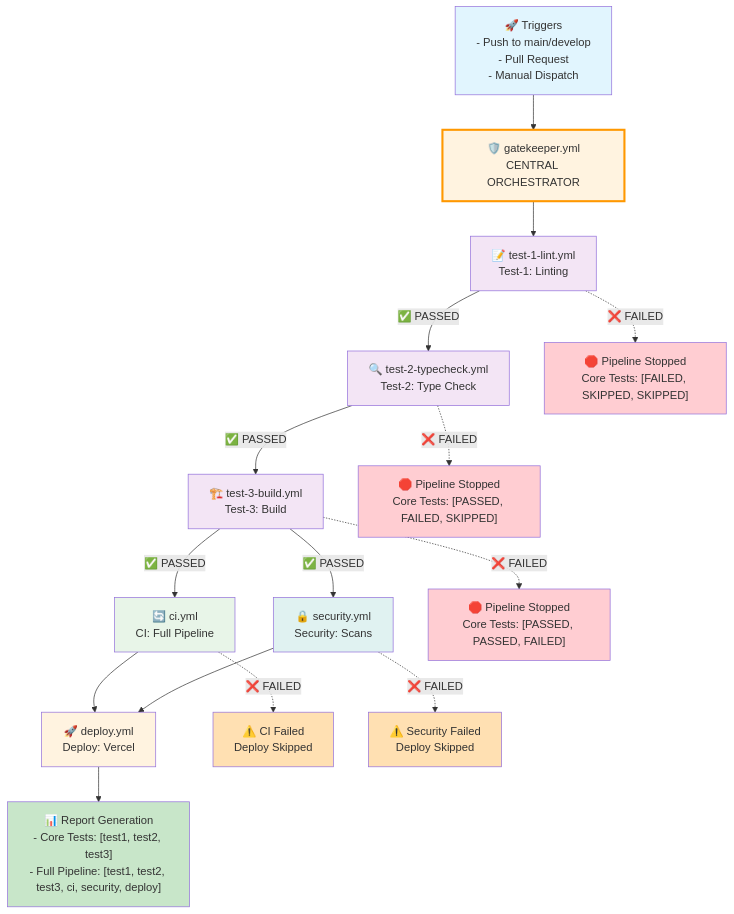
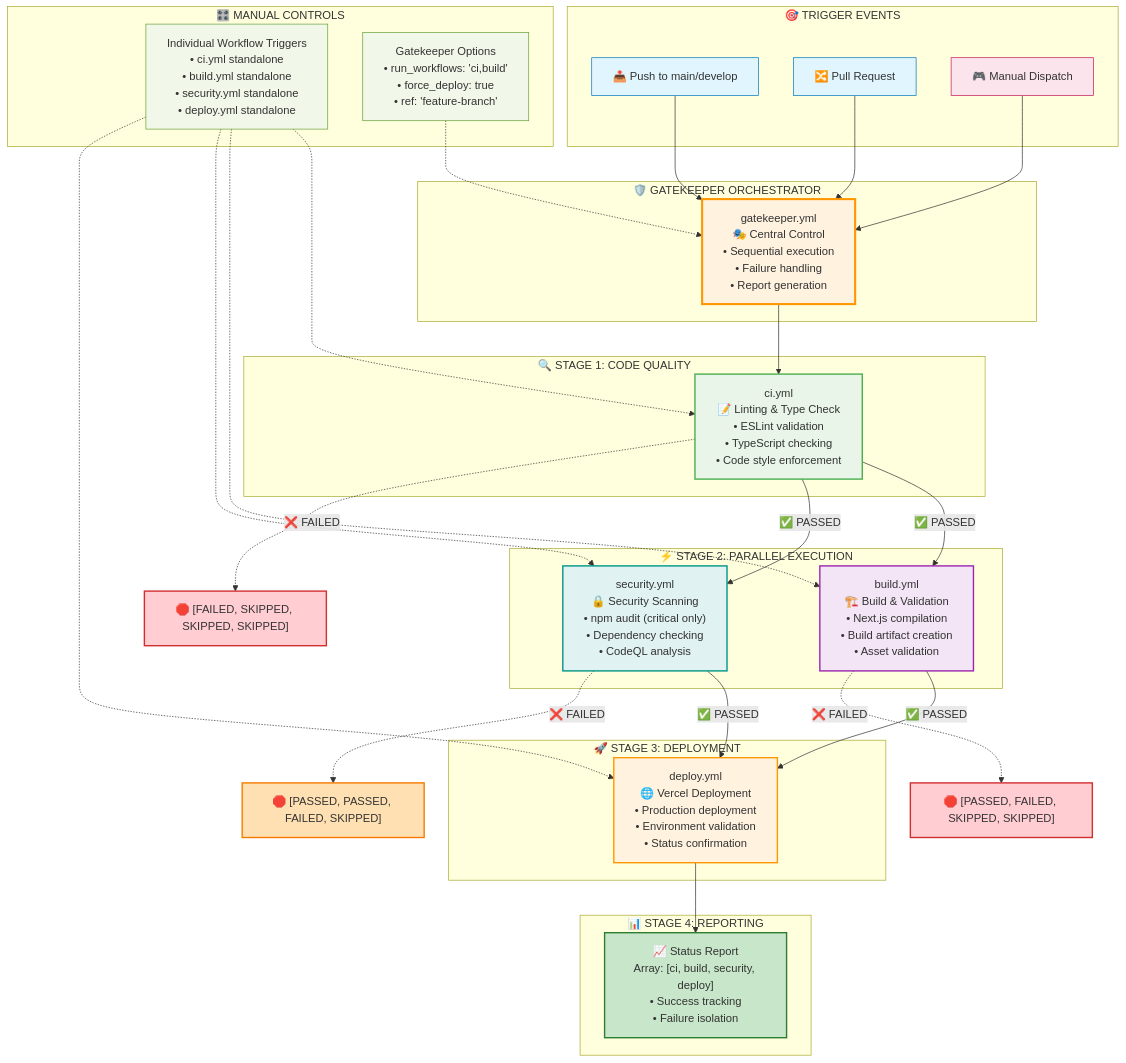
Before and after one commit to acmuta/mavgrades: the diagram in .github/README.md, drawn with Mermaid. The commit also changed other lines of this file and 1 other file, not shown here.

Commit message:
update CI docs

````diff
--- a/.github/README.md
+++ b/.github/README.md
@@ -17,37 +17,71 @@
 ```mermaid
-graph TD
-    A["🚀 Triggers<br/>- Push to main/develop<br/>- Pull Request<br/>- Manual Dispatch"] --> B["🛡️ gatekeeper.yml<br/>CENTRAL ORCHESTRATOR"]
+graph TB
+    subgraph "🎯 TRIGGER EVENTS"
+        T1["📤 Push to main/develop"]
+        T2["🔀 Pull Request"] 
+        T3["🎮 Manual Dispatch"]
+    end
     
-    B --> C["📝 test-1-lint.yml<br/>Test-1: Linting"]
-    C -->|"✅ PASSED"| D["🔍 test-2-typecheck.yml<br/>Test-2: Type Check"]
-    D -->|"✅ PASSED"| E["🏗️ test-3-build.yml<br/>Test-3: Build"]
+    T1 --> GK
+    T2 --> GK
+    T3 --> GK
     
-    E -->|"✅ PASSED"| F["🔄 ci.yml<br/>CI: Full Pipeline"]
-    E -->|"✅ PASSED"| G["🔒 security.yml<br/>Security: Scans"]
+    subgraph "🛡️ GATEKEEPER ORCHESTRATOR"
+        GK["gatekeeper.yml<br/>🎭 Central Control<br/>• Sequential execution<br/>• Failure handling<br/>• Report generation"]
+    end
     
-    F --> H["🚀 deploy.yml<br/>Deploy: Vercel"]
-    G --> H
+    subgraph "🔍 STAGE 1: CODE QUALITY"
+        CI["ci.yml<br/>📝 Linting & Type Check<br/>• ESLint validation<br/>• TypeScript checking<br/>• Code style enforcement"]
+    end
     
-    H --> I["📊 Report Generation<br/>- Core Tests: [test1, test2, test3]<br/>- Full Pipeline: [test1, test2, test3, ci, security, deploy]"]
+    subgraph "⚡ STAGE 2: PARALLEL EXECUTION"
+        BUILD["build.yml<br/>🏗️ Build & Validation<br/>• Next.js compilation<br/>• Build artifact creation<br/>• Asset validation"]
+        
+        SEC["security.yml<br/>🔒 Security Scanning<br/>• npm audit (critical only)<br/>• Dependency checking<br/>• CodeQL analysis"]
+    end
     
-    C -.->|"❌ FAILED"| J["🛑 Pipeline Stopped<br/>Core Tests: [FAILED, SKIPPED, SKIPPED]"]
-    D -.->|"❌ FAILED"| K["🛑 Pipeline Stopped<br/>Core Tests: [PASSED, FAILED, SKIPPED]"]
-    E -.->|"❌ FAILED"| L["🛑 Pipeline Stopped<br/>Core Tests: [PASSED, PASSED, FAILED]"]
-    F -.->|"❌ FAILED"| M["⚠️ CI Failed<br/>Deploy Skipped"]
-    G -.->|"❌ FAILED"| N["⚠️ Security Failed<br/>Deploy Skipped"]
+    subgraph "🚀 STAGE 3: DEPLOYMENT"
+        DEPLOY["deploy.yml<br/>🌐 Vercel Deployment<br/>• Production deployment<br/>• Environment validation<br/>• Status confirmation"]
+    end
     
-    style A fill:#e1f5fe
-    style B fill:#fff3e0,stroke:#ff9800,stroke-width:3px
-    style C fill:#f3e5f5
-    style D fill:#f3e5f5
-    style E fill:#f3e5f5
-    style F fill:#e8f5e8
-    style G fill:#e0f2f1
-    style H fill:#fff3e0
-    style I fill:#c8e6c9
-    style J fill:#ffcdd2
-    style K fill:#ffcdd2
-    style L fill:#ffcdd2
-    style M fill:#ffe0b2
-    style N fill:#ffe0b2
+    subgraph "📊 STAGE 4: REPORTING"
+        REPORT["📈 Status Report<br/>Array: [ci, build, security, deploy]<br/>• Success tracking<br/>• Failure isolation"]
+    end
+    
+    GK --> CI
+    CI -->|"✅ PASSED"| BUILD
+    CI -->|"✅ PASSED"| SEC
+    BUILD -->|"✅ PASSED"| DEPLOY
+    SEC -->|"✅ PASSED"| DEPLOY
+    DEPLOY --> REPORT
+    
+    CI -.->|"❌ FAILED"| STOP1["🛑 [FAILED, SKIPPED, SKIPPED, SKIPPED]"]
+    BUILD -.->|"❌ FAILED"| STOP2["🛑 [PASSED, FAILED, SKIPPED, SKIPPED]"]
+    SEC -.->|"❌ FAILED"| STOP3["🛑 [PASSED, PASSED, FAILED, SKIPPED]"]
+    
+    subgraph "🎛️ MANUAL CONTROLS"
+        M1["Individual Workflow Triggers<br/>• ci.yml standalone<br/>• build.yml standalone<br/>• security.yml standalone<br/>• deploy.yml standalone"]
+        M2["Gatekeeper Options<br/>• run_workflows: 'ci,build'<br/>• force_deploy: true<br/>• ref: 'feature-branch'"]
+    end
+    
+    M1 -.-> CI
+    M1 -.-> BUILD  
+    M1 -.-> SEC
+    M1 -.-> DEPLOY
+    M2 -.-> GK
+    
+    style GK fill:#fff3e0,stroke:#ff9800,stroke-width:3px
+    style CI fill:#e8f5e8,stroke:#4caf50,stroke-width:2px
+    style BUILD fill:#f3e5f5,stroke:#9c27b0,stroke-width:2px
+    style SEC fill:#e0f2f1,stroke:#009688,stroke-width:2px
+    style DEPLOY fill:#fff3e0,stroke:#ff9800,stroke-width:2px
+    style REPORT fill:#c8e6c9,stroke:#2e7d32,stroke-width:2px
+    style STOP1 fill:#ffcdd2,stroke:#d32f2f,stroke-width:2px
+    style STOP2 fill:#ffcdd2,stroke:#d32f2f,stroke-width:2px
+    style STOP3 fill:#ffe0b2,stroke:#f57c00,stroke-width:2px
+    style T1 fill:#e1f5fe,stroke:#0277bd,stroke-width:1px
+    style T2 fill:#e1f5fe,stroke:#0277bd,stroke-width:1px
+    style T3 fill:#fce4ec,stroke:#c2185b,stroke-width:1px
+    style M1 fill:#f1f8e9,stroke:#689f38,stroke-width:1px
+    style M2 fill:#f1f8e9,stroke:#689f38,stroke-width:1px
 ```
````
